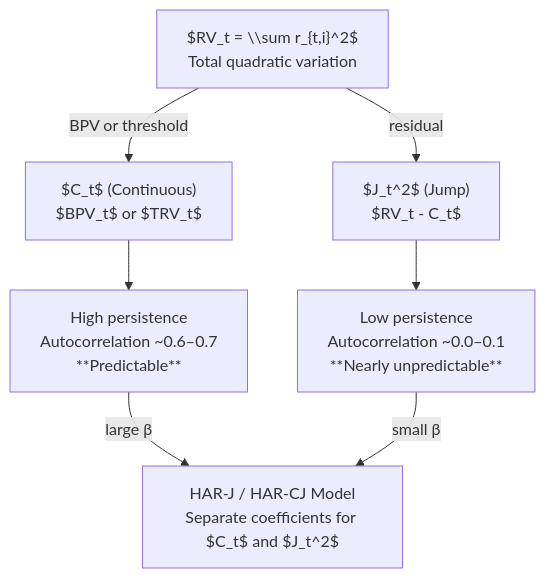
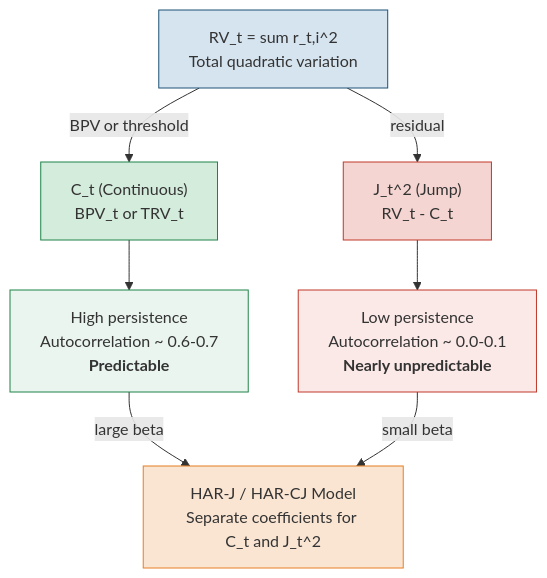
Before and after one commit to xRyann2255/ML-GS: the diagram in vol-learning-guide/markdown/ch04-jumps-continuous-variation.md, drawn with Mermaid. The commit also changed other lines of this file and 10 other files, not shown here.

Commit message:
docs(vol-guide): regenerate markdown mirrors after diagram audit (ch10 taxonomy + ch03 decision-tree semantic; 9 re-layout refreshes)

````diff
--- a/vol-learning-guide/markdown/ch04-jumps-continuous-variation.md
+++ b/vol-learning-guide/markdown/ch04-jumps-continuous-variation.md
@@ -348,16 +391,23 @@
 ```mermaid
 flowchart TD
-    RV["$RV_t = \\sum r_{t,i}^2$\nTotal quadratic variation"]
-    CV["$C_t$ (Continuous)\n$BPV_t$ or $TRV_t$"]
-    JV["$J_t^2$ (Jump)\n$RV_t - C_t$"]
-    CP["High persistence\nAutocorrelation ~0.6–0.7\n**Predictable**"]
-    JP["Low persistence\nAutocorrelation ~0.0–0.1\n**Nearly unpredictable**"]
-    HAR["HAR-J / HAR-CJ Model\nSeparate coefficients for $C_t$ and $J_t^2$"]
+    RV["RV_t = sum r_t,i^2<br/>Total quadratic variation"]
+    CV["C_t (Continuous)<br/>BPV_t or TRV_t"]
+    JV["J_t^2 (Jump)<br/>RV_t - C_t"]
+    CPROP["High persistence<br/>Autocorrelation ~ 0.6-0.7<br/><b>Predictable</b>"]
+    JPROP["Low persistence<br/>Autocorrelation ~ 0.0-0.1<br/><b>Nearly unpredictable</b>"]
+    HAR["HAR-J / HAR-CJ Model<br/>Separate coefficients for C_t and J_t^2"]
 
     RV -->|"BPV or threshold"| CV
     RV -->|"residual"| JV
-    CV --> CP
-    JV --> JP
-    CP -->|"large β"| HAR
-    JP -->|"small β"| HAR
+    CV --> CPROP
+    JV --> JPROP
+    CPROP -->|"large beta"| HAR
+    JPROP -->|"small beta"| HAR
+
+    style RV fill:#d6e4f0,stroke:#1a5276
+    style CV fill:#d4ecdc,stroke:#1e8449
+    style JV fill:#f5d5d1,stroke:#c0392b
+    style CPROP fill:#eaf5ef,stroke:#1e8449
+    style JPROP fill:#fbe9e7,stroke:#c0392b
+    style HAR fill:#fae5d3,stroke:#e67e22
 ```
````
